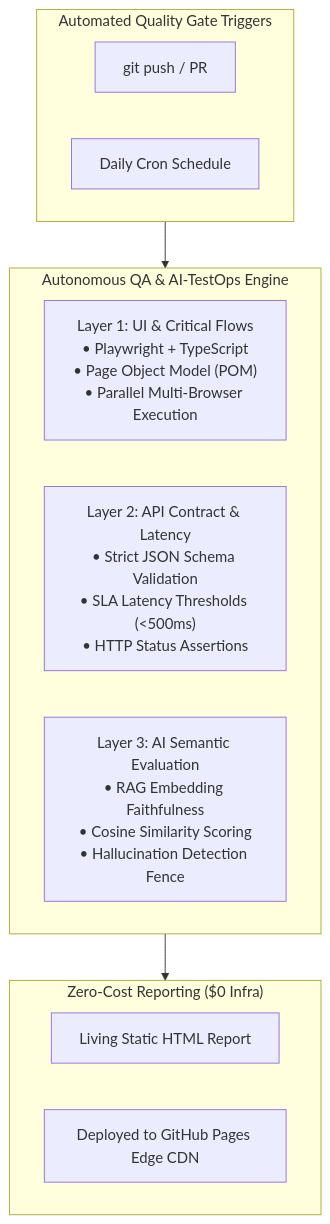
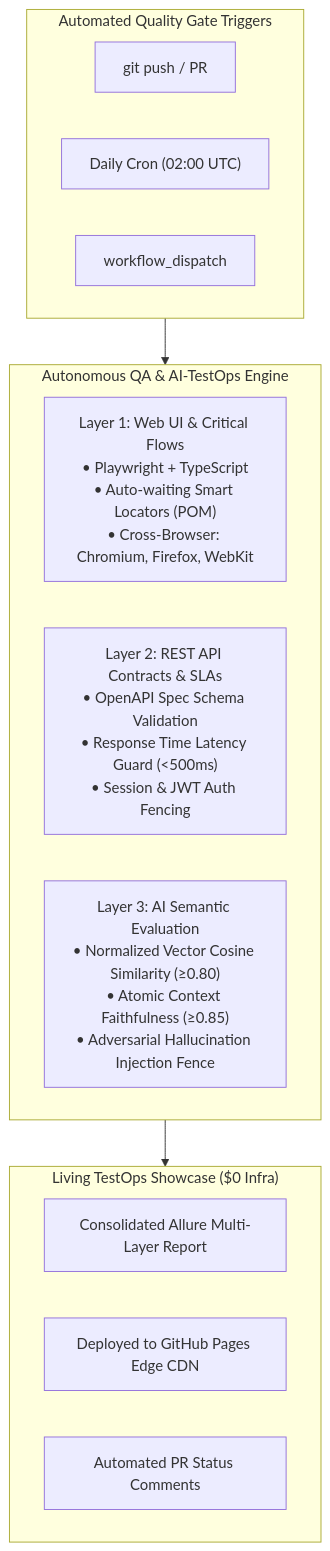
Before and after one commit to marttinroman/autonomous-qa-engine: the diagram in README.md, drawn with Mermaid. The commit also changed other lines of this file and 4 other files, not shown here.

````diff
--- a/README.md
+++ b/README.md
@@ -28,21 +29,23 @@
 ```mermaid
 flowchart TD
     subgraph Trigger ["Automated Quality Gate Triggers"]
         Push["git push / PR"]
-        Schedule["Daily Cron Schedule"]
+        Schedule["Daily Cron (02:00 UTC)"]
+        Manual["workflow_dispatch"]
     end
 
     subgraph Engine ["Autonomous QA & AI-TestOps Engine"]
-        L1["Layer 1: UI & Critical Flows<br/>• Playwright + TypeScript<br/>• Page Object Model (POM)<br/>• Parallel Multi-Browser Execution"]
-        L2["Layer 2: API Contract & Latency<br/>• Strict JSON Schema Validation<br/>• SLA Latency Thresholds (&lt;500ms)<br/>• HTTP Status Assertions"]
-        L3["Layer 3: AI Semantic Evaluation<br/>• RAG Embedding Faithfulness<br/>• Cosine Similarity Scoring<br/>• Hallucination Detection Fence"]
+        L1["Layer 1: Web UI & Critical Flows<br/>• Playwright + TypeScript<br/>• Auto-waiting Smart Locators (POM)<br/>• Cross-Browser: Chromium, Firefox, WebKit"]
+        L2["Layer 2: REST API Contracts & SLAs<br/>• OpenAPI Spec Schema Validation<br/>• Response Time Latency Guard (&lt;500ms)<br/>• Session & JWT Auth Fencing"]
+        L3["Layer 3: AI Semantic Evaluation<br/>• Normalized Vector Cosine Similarity (&ge;0.80)<br/>• Atomic Context Faithfulness (&ge;0.85)<br/>• Adversarial Hallucination Injection Fence"]
     end
 
-    subgraph Output ["Zero-Cost Reporting ($0 Infra)"]
-        Report["Living Static HTML Report"]
+    subgraph Output ["Living TestOps Showcase ($0 Infra)"]
+        Allure["Consolidated Allure Multi-Layer Report"]
         Pages["Deployed to GitHub Pages Edge CDN"]
+        PRBot["Automated PR Status Comments"]
     end
 
     Trigger --> Engine
     Engine --> Output
 ```
````
